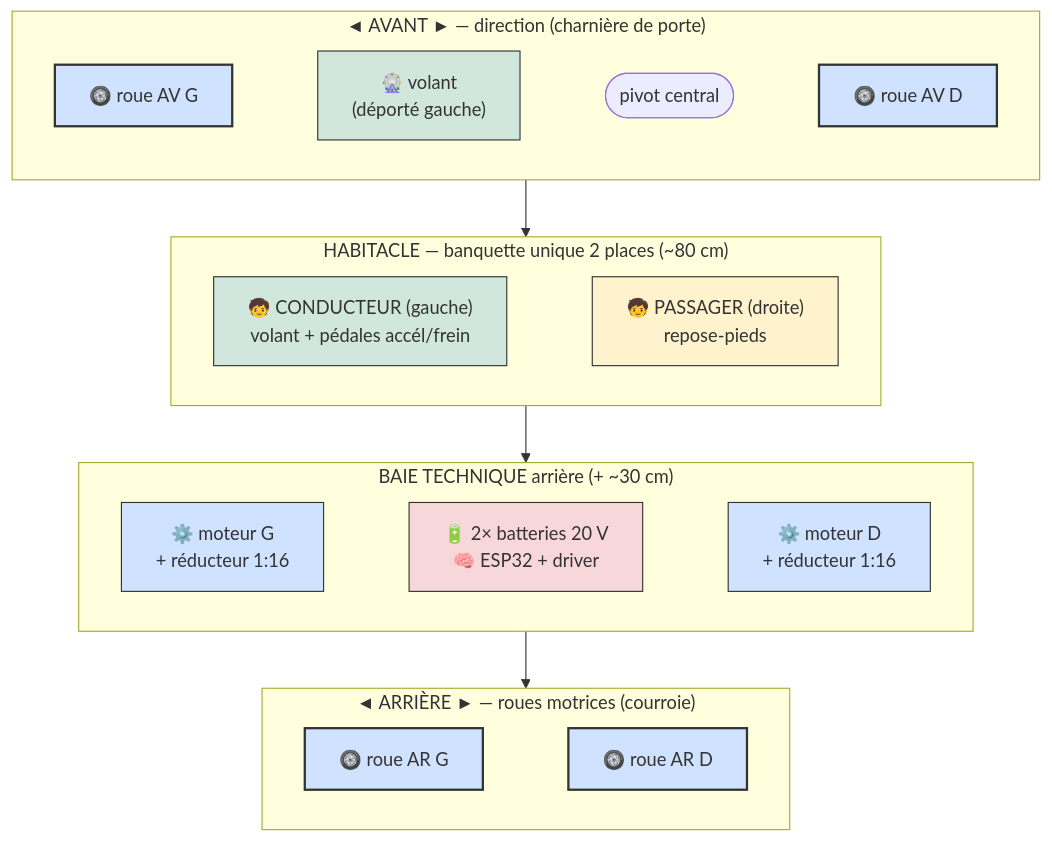
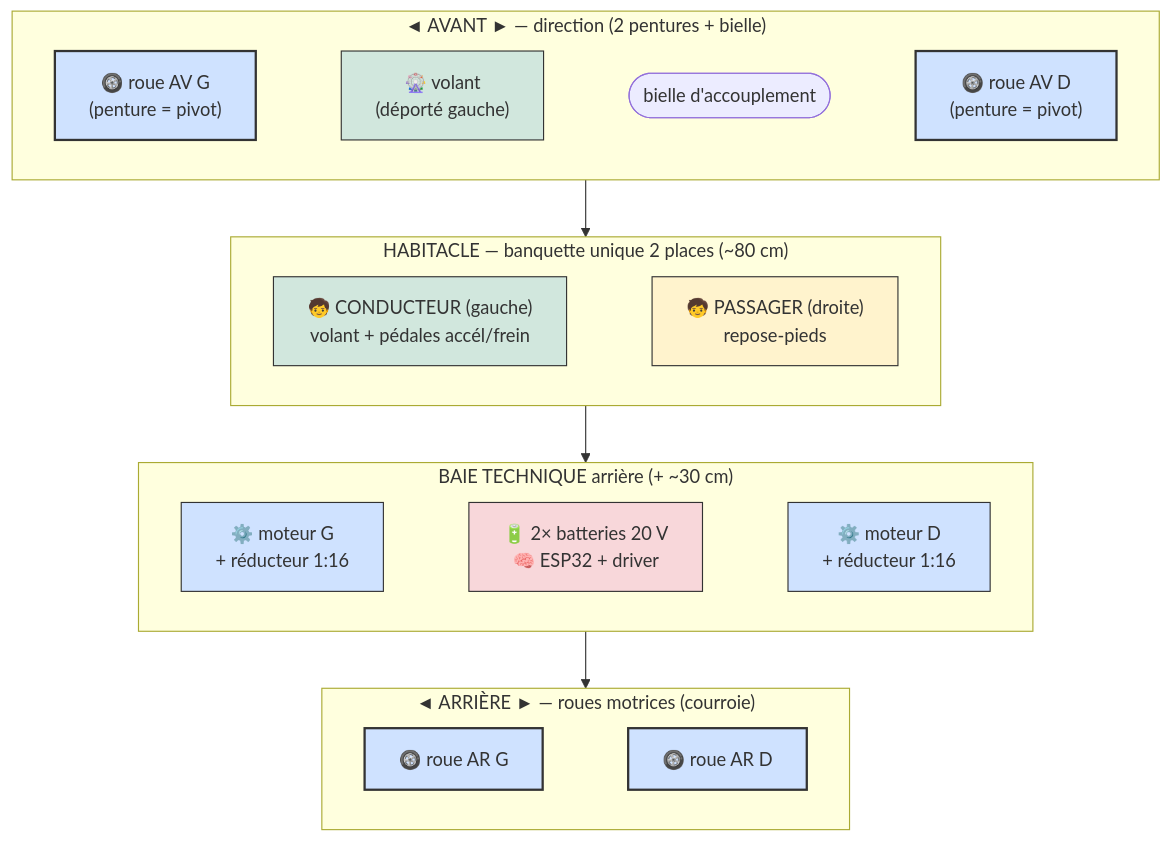
The first of 11 diagrams in README.md (pinkymaxou/powered-soapbox-car), drawn with Mermaid before and after one commit. The commit also changed other lines of this file and 6 other files, not shown here.

````diff
--- a/README.md
+++ b/README.md
@@ -28,42 +28,42 @@
 ```mermaid
 flowchart TB
-    subgraph AV["◄ AVANT ► — direction (charnière de porte)"]
+    subgraph AV["◄ AVANT ► — direction (2 pentures + bielle)"]
         direction LR
-        AVG["🛞 roue AV G"]
+        AVG["🛞 roue AV G<br/>(penture = pivot)"]
         VOL["🎡 volant<br/>(déporté gauche)"]
-        PIV(["pivot central"])
-        AVD["🛞 roue AV D"]
-        AVG ~~~ VOL ~~~ PIV ~~~ AVD
+        BIE(["bielle d'accouplement"])
+        AVD["🛞 roue AV D<br/>(penture = pivot)"]
+        AVG ~~~ VOL ~~~ BIE ~~~ AVD
     end
     subgraph CAB["HABITACLE — banquette unique 2 places (~80 cm)"]
         direction LR
         COND["🧒 CONDUCTEUR (gauche)<br/>volant + pédales accél/frein"]
         PASS["🧒 PASSAGER (droite)<br/>repose-pieds"]
         COND ~~~ PASS
     end
     subgraph BAY["BAIE TECHNIQUE arrière (+ ~30 cm)"]
         direction LR
         MG["⚙️ moteur G<br/>+ réducteur 1:16"]
         ELE["🔋 2× batteries 20 V<br/>🧠 ESP32 + driver"]
         MD["⚙️ moteur D<br/>+ réducteur 1:16"]
         MG ~~~ ELE ~~~ MD
     end
     subgraph AR["◄ ARRIÈRE ► — roues motrices (courroie)"]
         direction LR
         ARG["🛞 roue AR G"]
         ARD["🛞 roue AR D"]
         ARG ~~~ ARD
     end
     AV --> CAB --> BAY --> AR
 
     classDef wheel fill:#cfe2ff,stroke:#333,stroke-width:2px;
     classDef drv fill:#d1e7dd,stroke:#333;
     classDef pas fill:#fff3cd,stroke:#333;
     classDef elec fill:#f8d7da,stroke:#333;
     classDef mot fill:#cfe2ff,stroke:#333;
     class AVG,AVD,ARG,ARD wheel;
     class COND,VOL drv;
     class PASS pas;
     class MG,MD mot;
     class ELE elec;
 ```
````
